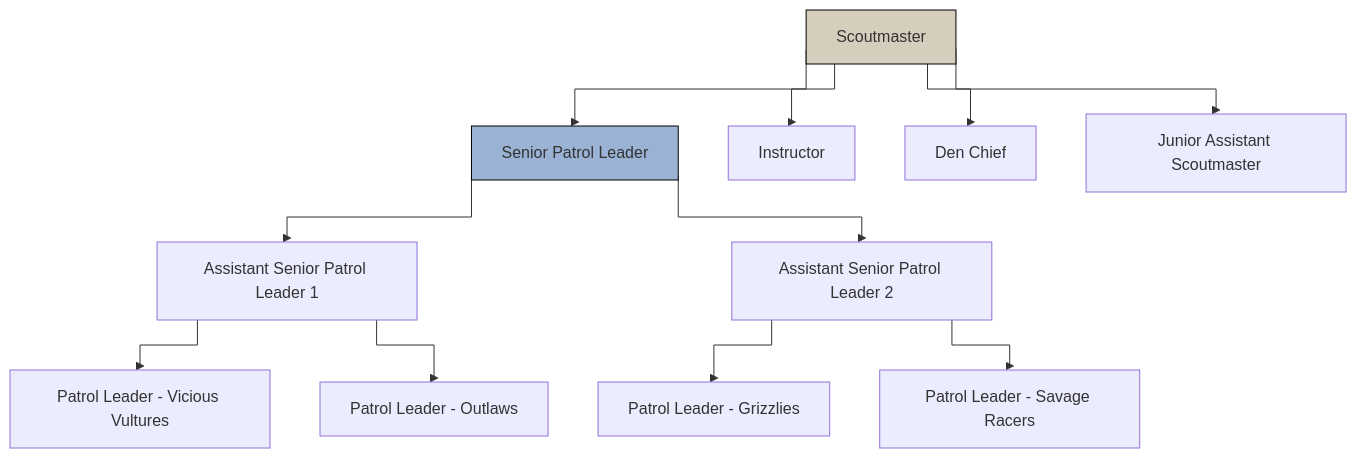
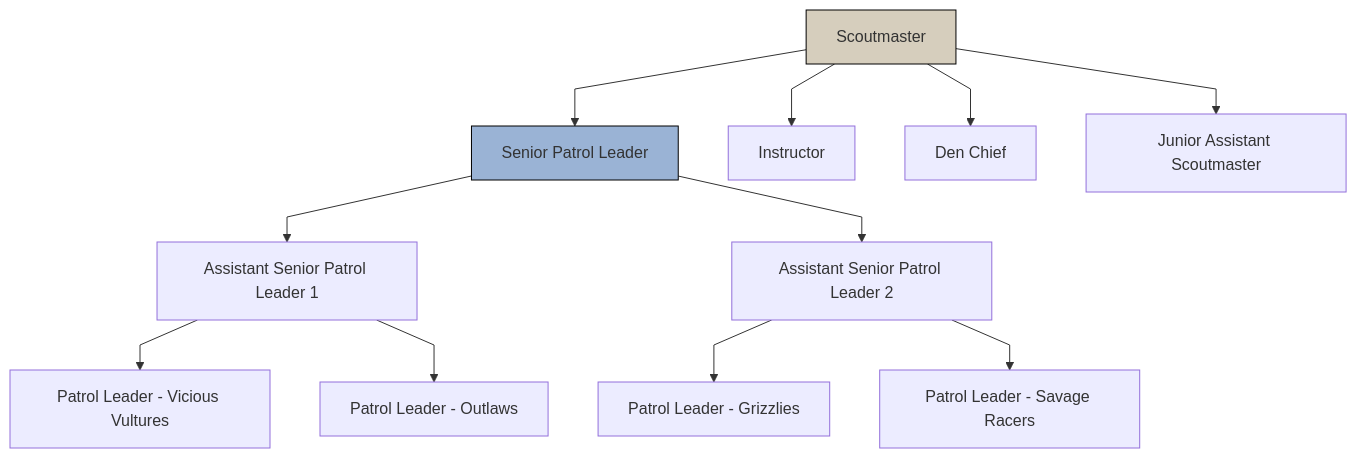
Before and after one commit to scouting331/scoutSite: the diagram in unit-docs/troop-303/troop-leadership.mdx, drawn with Mermaid.

````diff
--- a/unit-docs/troop-303/troop-leadership.mdx
+++ b/unit-docs/troop-303/troop-leadership.mdx
@@ -11,37 +11,37 @@
 ```mermaid
 ---
 config:
   flowchart:
-    curve: stepBefore
+    curve: linear
 ---
 
 flowchart TB
   style sm fill:#D6CEBD, stroke:#000
   style spl fill:#9AB3D5, stroke:#000
 
   click sm "#scoutmaster"
   click spl "#senior-patrol-leader"
 
   sm["Scoutmaster"]
   spl["Senior Patrol Leader"]
   aspl1["Assistant Senior Patrol Leader 1"]
   aspl2["Assistant Senior Patrol Leader 2"]
   instr["Instructor"]
   dc["Den Chief"]
   jasm["Junior Assistant Scoutmaster"]
   pl-vv["Patrol Leader - Vicious Vultures"]
   pl-out["Patrol Leader - Outlaws"]
   pl-grizz["Patrol Leader - Grizzlies"]
   pl-sr["Patrol Leader - Savage Racers"]
   
   sm --> spl
   sm --> instr
   sm --> dc
   sm --> jasm
   spl --> aspl1
   spl --> aspl2
   aspl1 --> pl-vv
   aspl1 --> pl-out
   aspl2 --> pl-grizz
   aspl2 --> pl-sr
 ```
````
